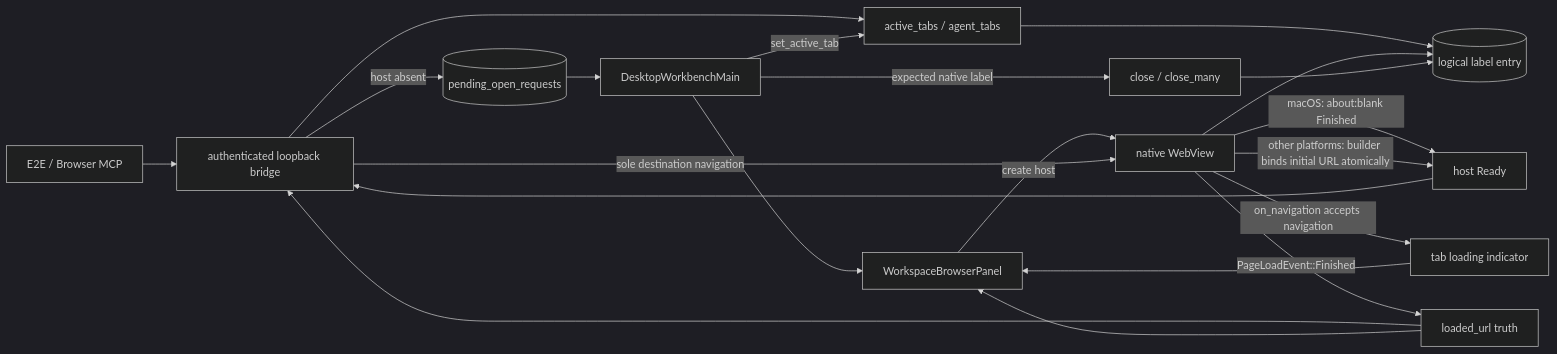
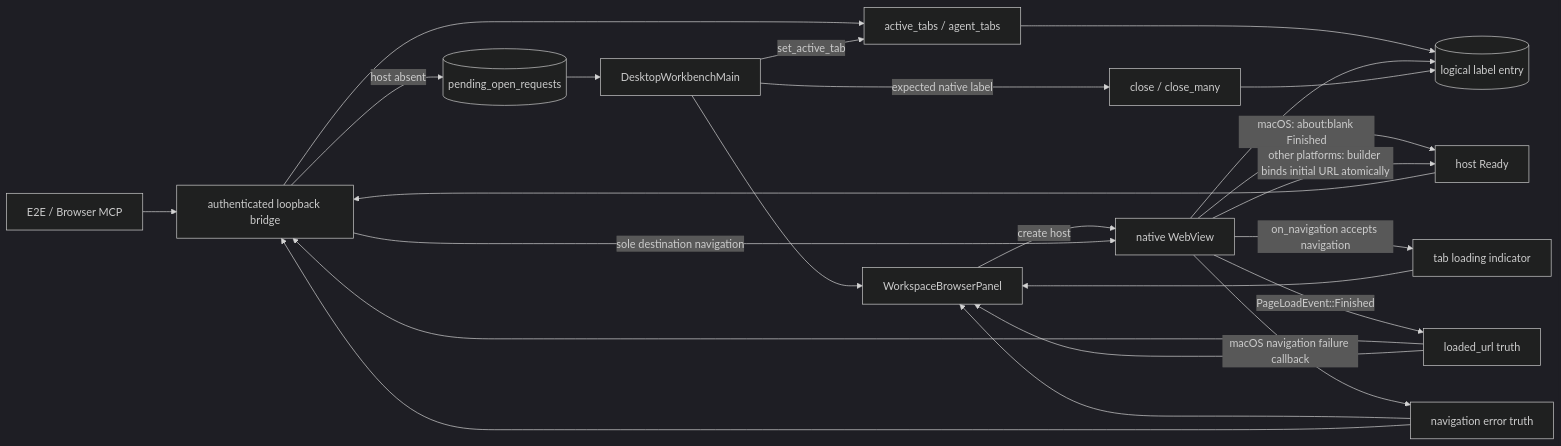
The first of 2 diagrams in docs/en/architecture/embedded-browser.md (wecode-ai/Wegent), drawn with Mermaid (dark theme) before and after one commit. The commit also changed other lines of this file and 10 other files, not shown here.

````diff
--- a/docs/en/architecture/embedded-browser.md
+++ b/docs/en/architecture/embedded-browser.md
@@ -9,23 +9,26 @@
 ```mermaid
 flowchart LR
     CALLER[E2E / Browser MCP] --> BRIDGE[authenticated loopback bridge]
     BRIDGE --> ROUTE[active_tabs / agent_tabs]
     ROUTE --> ENTRY[(logical label entry)]
     BRIDGE -->|host absent| PENDING[(pending_open_requests)]
     PENDING --> MAIN[DesktopWorkbenchMain]
     MAIN --> PANEL[WorkspaceBrowserPanel]
     PANEL -->|create host| WEBVIEW[native WebView]
     WEBVIEW --> ENTRY
     WEBVIEW -->|macOS: about:blank Finished| READY[host Ready]
     WEBVIEW -->|other platforms: builder binds initial URL atomically| READY
     READY --> BRIDGE
     BRIDGE -->|sole destination navigation| WEBVIEW
     WEBVIEW -->|on_navigation accepts navigation| LOADING[tab loading indicator]
     LOADING --> PANEL
     WEBVIEW -->|PageLoadEvent::Finished| LOADED[loaded_url truth]
+    WEBVIEW -->|macOS navigation failure callback| FAILED[navigation error truth]
     LOADED --> BRIDGE
     LOADED --> PANEL
+    FAILED --> PANEL
+    FAILED --> BRIDGE
     MAIN -->|set_active_tab| ROUTE
     MAIN -->|expected native label| CLOSE[close / close_many]
     CLOSE --> ENTRY
 ```
````
